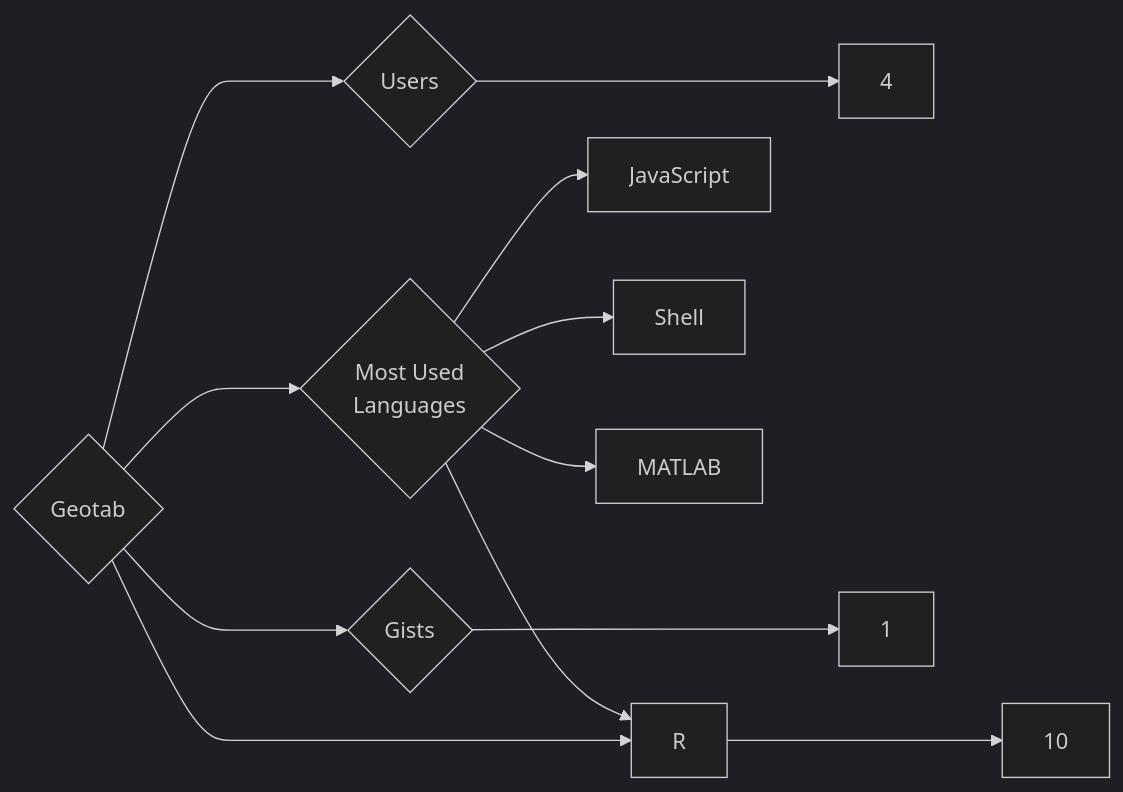
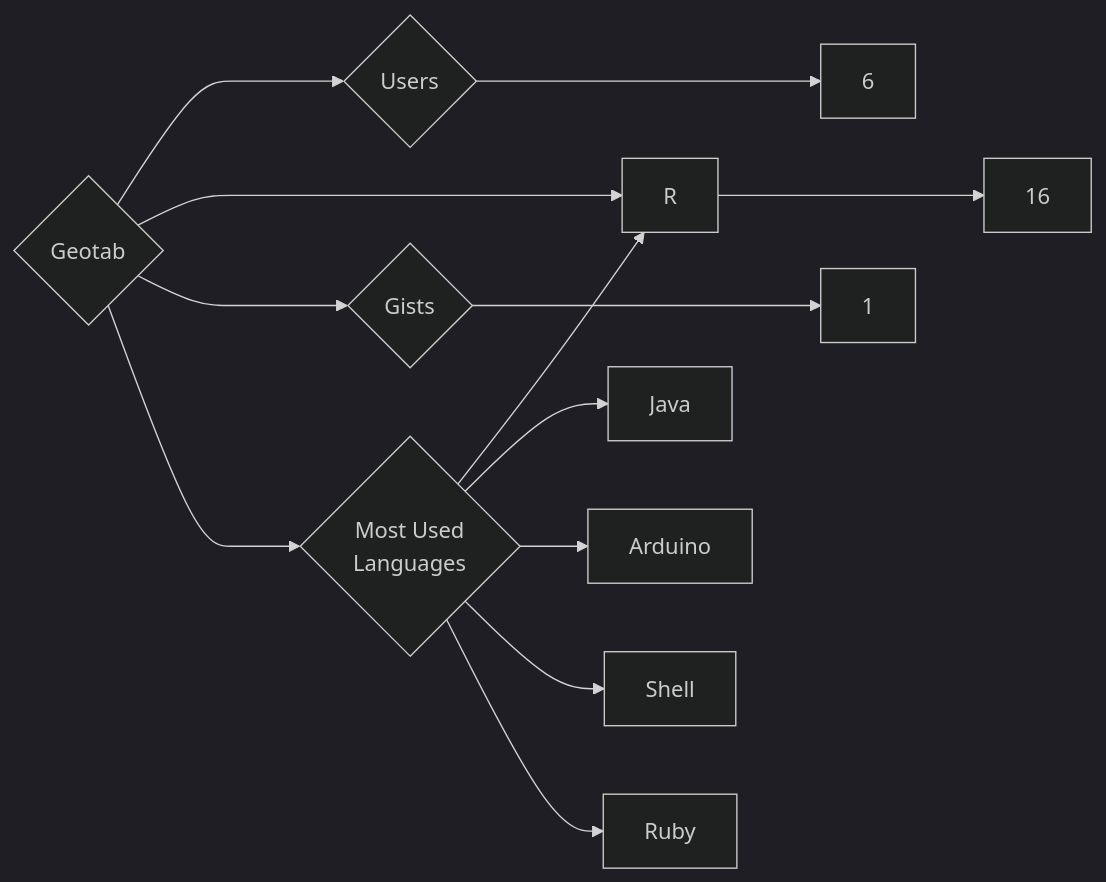
The diagram in targets/Geotab/README.md (trickest/insiders), drawn with Mermaid (dark theme) before and after one commit. The commit also changed 1089 other files, not shown here.

````diff
--- a/targets/Geotab/README.md
+++ b/targets/Geotab/README.md
@@ -3,12 +3,13 @@
 ```mermaid
 graph LR
 COMPANY_NAME{Geotab}
-COMPANY_NAME ---> U{Users} ---> UN[4]
-COMPANY_NAME ---> R{Repositories} ---> RN[10]
+COMPANY_NAME ---> U{Users} ---> UN[6]
+COMPANY_NAME ---> R{Repositories} ---> RN[16]
 COMPANY_NAME ---> G{Gists} ---> GN[1]
 COMPANY_NAME ---> ML{Most Used<br>Languages}
-ML --> JavaScript[JavaScript]
 ML --> R[R]
+ML --> Java[Java]
+ML --> Arduino[Arduino]
 ML --> Shell[Shell]
-ML --> MATLAB[MATLAB]
+ML --> Ruby[Ruby]
 ```
````
